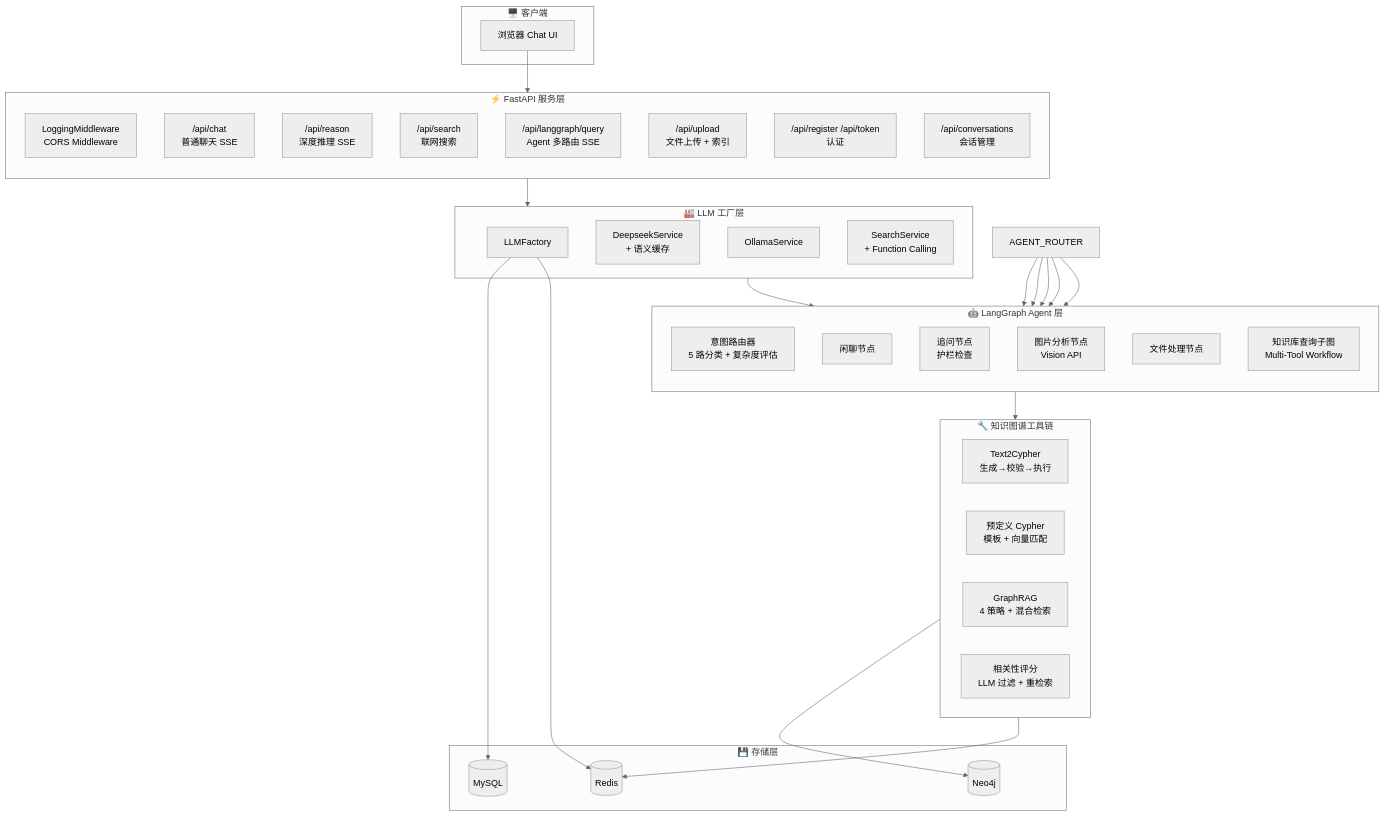
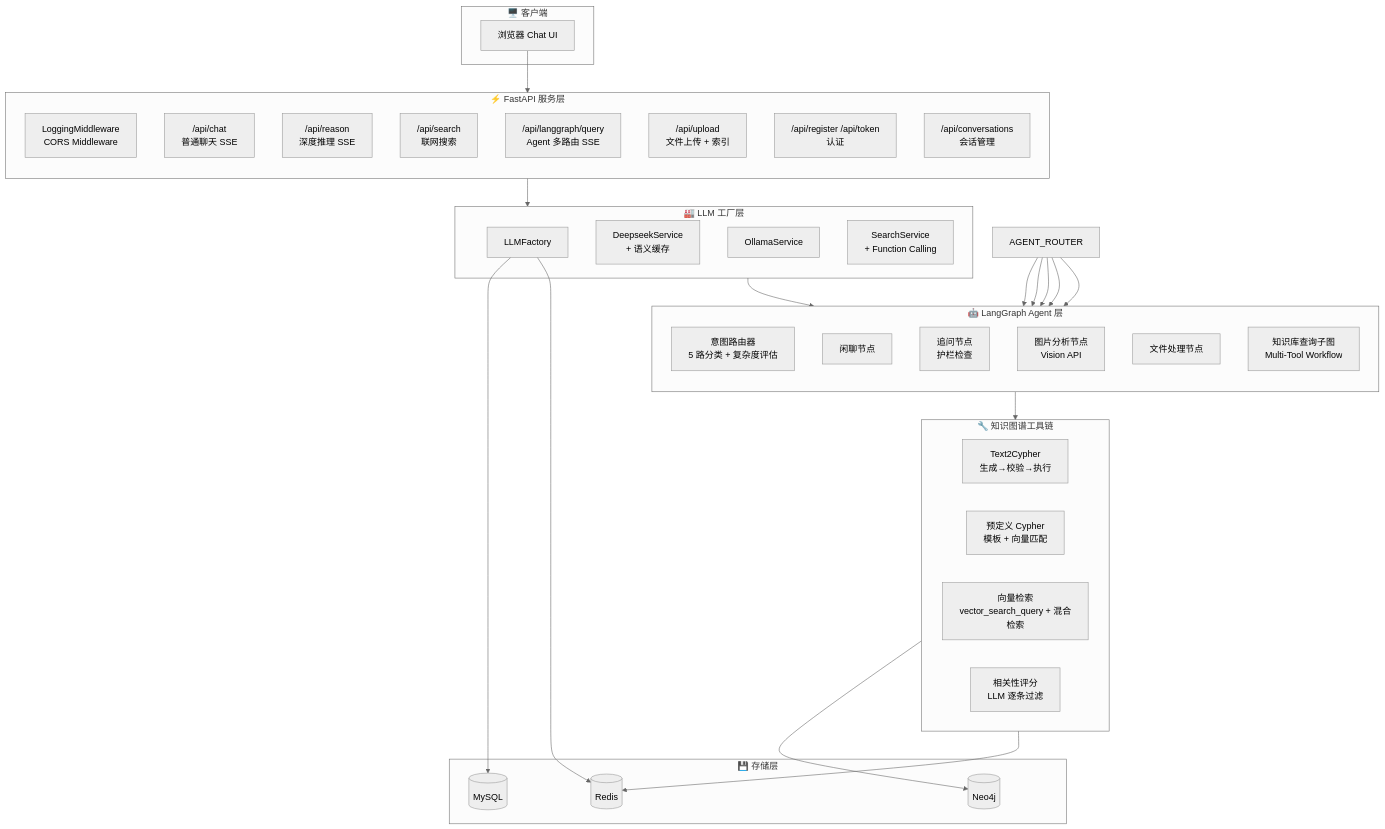
One commit to blowt16/SmartCS-Agent changed the second of 11 diagrams in docs/PROJECT_ANALYSIS.md. Above: the diagram before and after it, drawn with Mermaid (neutral theme). The commit also changed other lines of this file and 11 other files, not shown here.

Commit message:
[docs] 全面清理 GraphRAG 残留：README/学习文档/配置文件/脚本统一为标准 RAG（ChromaDB）描述，删除 fix_nb.py 与 docker-compose 无效挂载

````diff
--- a/docs/PROJECT_ANALYSIS.md
+++ b/docs/PROJECT_ANALYSIS.md
@@ -114,59 +114,59 @@
 ```mermaid
 flowchart TB
     subgraph Client["🖥️ 客户端"]
         Browser["浏览器 Chat UI"]
     end
 
     subgraph FastAPI["⚡ FastAPI 服务层"]
         direction TB
         MW["LoggingMiddleware<br/>CORS Middleware"]
         CHAT["/api/chat<br/>普通聊天 SSE"]
         REASON["/api/reason<br/>深度推理 SSE"]
         SEARCH["/api/search<br/>联网搜索"]
         LG["/api/langgraph/query<br/>Agent 多路由 SSE"]
         UPLOAD["/api/upload<br/>文件上传 + 索引"]
         AUTH["/api/register /api/token<br/>认证"]
         CONV["/api/conversations<br/>会话管理"]
     end
 
     subgraph Factory["🏭 LLM 工厂层"]
         LLMF["LLMFactory"]
         DS["DeepseekService<br/>+ 语义缓存"]
         OS["OllamaService"]
         SS["SearchService<br/>+ Function Calling"]
     end
 
     subgraph Agent["🤖 LangGraph Agent 层"]
         direction TB
         ROUTER["意图路由器<br/>5 路分类 + 复杂度评估"]
         GEN["闲聊节点"]
         ADD["追问节点<br/>护栏检查"]
         IMG["图片分析节点<br/>Vision API"]
         FILE["文件处理节点"]
         KG["知识库查询子图<br/>Multi-Tool Workflow"]
     end
 
     subgraph KGTools["🔧 知识图谱工具链"]
         direction LR
         T2C["Text2Cypher<br/>生成→校验→执行"]
         PC["预定义 Cypher<br/>模板 + 向量匹配"]
-        GRAG["GraphRAG<br/>4 策略 + 混合检索"]
-        RG["相关性评分<br/>LLM 过滤 + 重检索"]
+        GRAG["向量检索<br/>vector_search_query + 混合检索"]
+        RG["相关性评分<br/>LLM 逐条过滤"]
     end
 
     subgraph Store["💾 存储层"]
         MySQL[(MySQL)]
         Redis[(Redis)]
         Neo4j[(Neo4j)]
     end
 
     Browser --> FastAPI
     FastAPI --> Factory
     Factory --> Agent
     AGENT_ROUTER --> GEN & ADD & IMG & FILE & KG
     KG --> KGTools
     KGTools --> Neo4j
     KGTools --> Redis
     LLMF --> MySQL
     LLMF --> Redis
 ```
````
